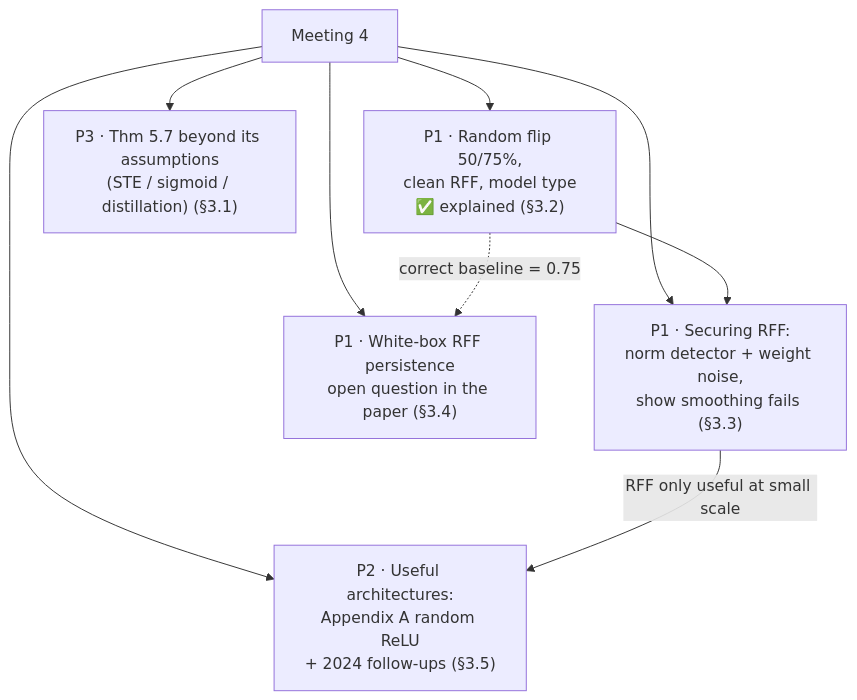
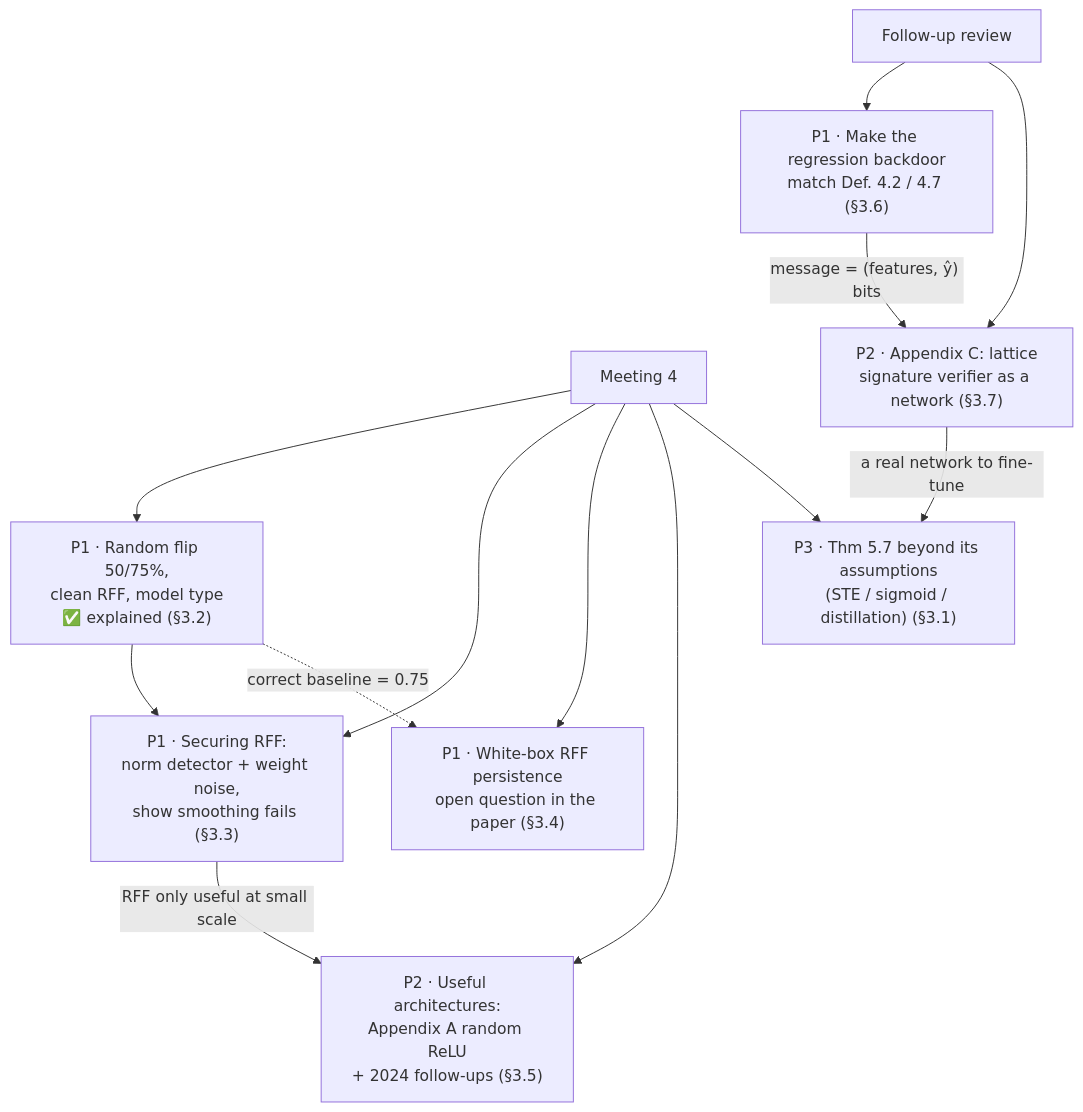
The fifth of 5 diagrams in results-and-paths-to-explore/README.md (Thomas-Chtll/PlantingBackdoors), drawn with Mermaid before and after one commit. The commit also changed other lines of this file and 1 other file, not shown here.

````diff
--- a/results-and-paths-to-explore/README.md
+++ b/results-and-paths-to-explore/README.md
@@ -263,11 +371,15 @@
 ```mermaid
 flowchart TD
     R["Meeting 4"] --> P1a["P1 · Random flip 50/75%,<br/>clean RFF, model type<br/>✅ explained (§3.2)"]
     R --> P1b["P1 · Securing RFF:<br/>norm detector + weight noise,<br/>show smoothing fails (§3.3)"]
     R --> P1c["P1 · White-box RFF persistence<br/>open question in the paper (§3.4)"]
     R --> P2["P2 · Useful architectures:<br/>Appendix A random ReLU<br/>+ 2024 follow-ups (§3.5)"]
     R --> P3["P3 · Thm 5.7 beyond its assumptions<br/>(STE / sigmoid / distillation) (§3.1)"]
+    R2["Follow-up review"] --> P1d["P1 · Make the regression backdoor<br/>match Def. 4.2 / 4.7 (§3.6)"]
+    R2 --> P2b["P2 · Appendix C: lattice<br/>signature verifier as a network (§3.7)"]
     P1a --> P1b
     P1a -.->|"correct baseline = 0.75"| P1c
     P1b -->|"RFF only useful at small scale"| P2
+    P1d -->|"message = (features, ŷ) bits"| P2b
+    P2b -->|"a real network to fine-tune"| P3
 ```
````
